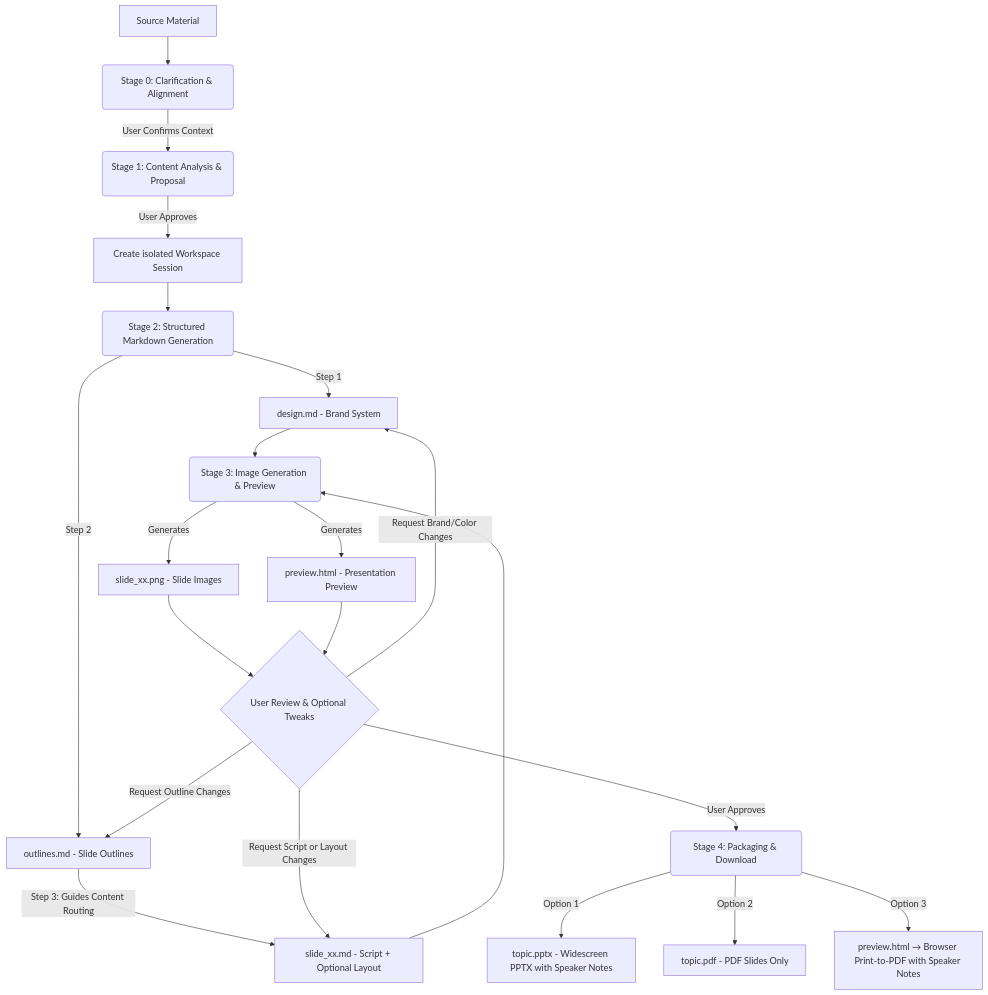
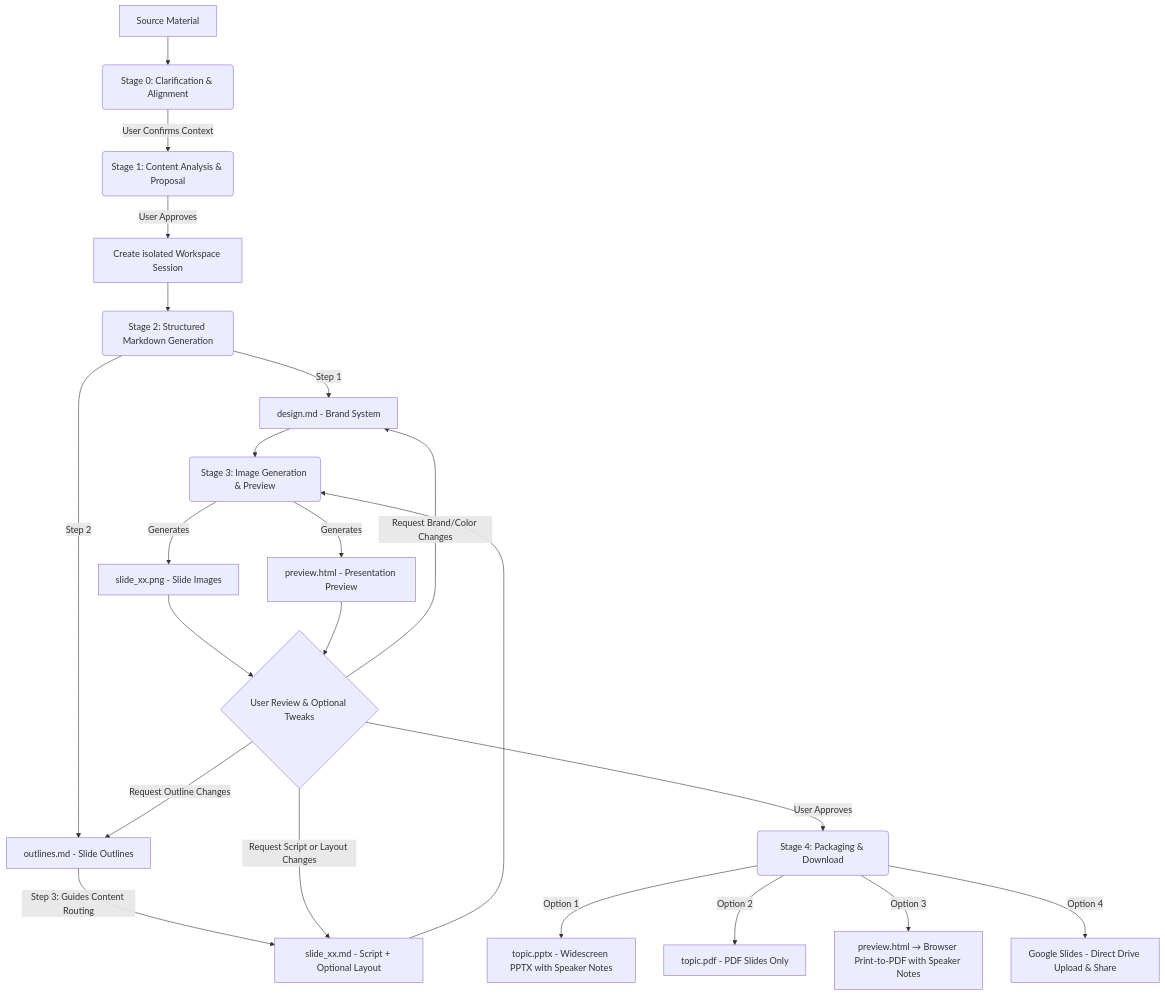
One commit to sylphlin/slide-gen-agent changed the diagram in README.md. Above: the diagram before and after it, drawn with Mermaid. The commit also changed other lines of this file, not shown here.

First line of the commit message:
Update README: add Google Slides export to capabilities, diagram, and directory

````diff
--- a/README.md
+++ b/README.md
@@ -21,26 +21,27 @@
 ```mermaid
 graph TD
     A[Source Material] --> A0(Stage 0: Clarification & Alignment)
     A0 -->|User Confirms Context| B(Stage 1: Content Analysis & Proposal)
     B -->|User Approves| C[Create isolated Workspace Session]
     C --> D(Stage 2: Structured Markdown Generation)
     
     D -->|Step 1| E1[design.md - Brand System]
     D -->|Step 2| E2[outlines.md - Slide Outlines]
     E2 -->|Step 3: Guides Content Routing| E3[slide_xx.md - Script + Optional Layout]
     
     E1 & E3 --> F(Stage 3: Image Generation & Preview)
     F -->|Generates| G1[slide_xx.png - Slide Images]
     F -->|Generates| G2[preview.html - Presentation Preview]
     
     G1 & G2 --> H{User Review & Optional Tweaks}
     
     H -->|Request Script or Layout Changes| E3
     H -->|Request Outline Changes| E2
     H -->|Request Brand/Color Changes| E1
     
     H -->|User Approves| I(Stage 4: Packaging & Download)
     I -->|Option 1| J[topic.pptx - Widescreen PPTX with Speaker Notes]
     I -->|Option 2| K[topic.pdf - PDF Slides Only]
     I -->|Option 3| L[preview.html → Browser Print-to-PDF with Speaker Notes]
+    I -->|Option 4| M[Google Slides - Direct Drive Upload & Share]
 ```
````
